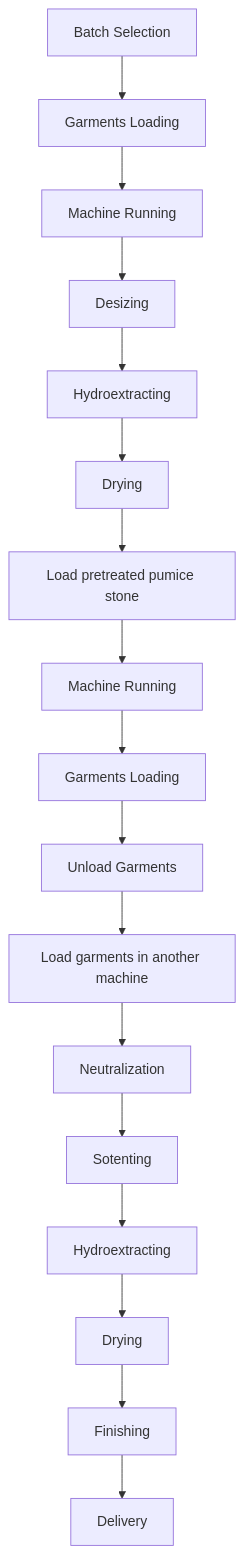
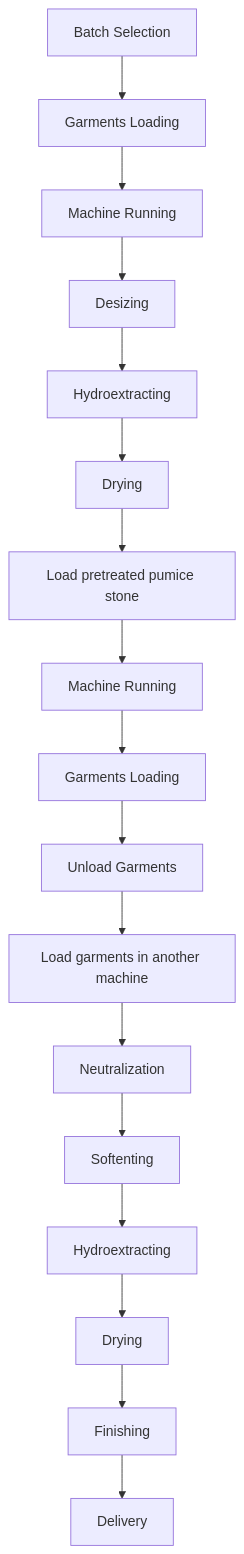
Before and after one commit to anik-amd/butex-notes: the fifth of 5 diagrams in texnx/src/content/docs/L3-T1/Apparel-Manufacturing-II/Part-A/01-garments-washing.md, drawn with Mermaid. The commit also changed other lines of this file, not shown here.

````diff
--- a/texnx/src/content/docs/L3-T1/Apparel-Manufacturing-II/Part-A/01-garments-washing.md
+++ b/texnx/src/content/docs/L3-T1/Apparel-Manufacturing-II/Part-A/01-garments-washing.md
@@ -281,21 +281,21 @@
 ```mermaid
     flowchart TD
       id1[Batch Selection]
       --> id2[Garments Loading]
       --> id3[Machine Running]
       --> id4[Desizing]
       --> id5[Hydroextracting]
       --> id6[Drying]
       --> id7[Load pretreated pumice stone]
       --> id8[Machine Running]
       --> id9[Garments Loading]
       --> id10[Unload Garments]
       --> id11[Load garments in another machine]
       --> id12[Neutralization]
-      --> id13[Sotenting]
+      --> id13[Softenting]
       --> id14[Hydroextracting]
       --> id15[Drying]
       --> id16[Finishing]
       --> id17[Delivery]
 
 ```
````
